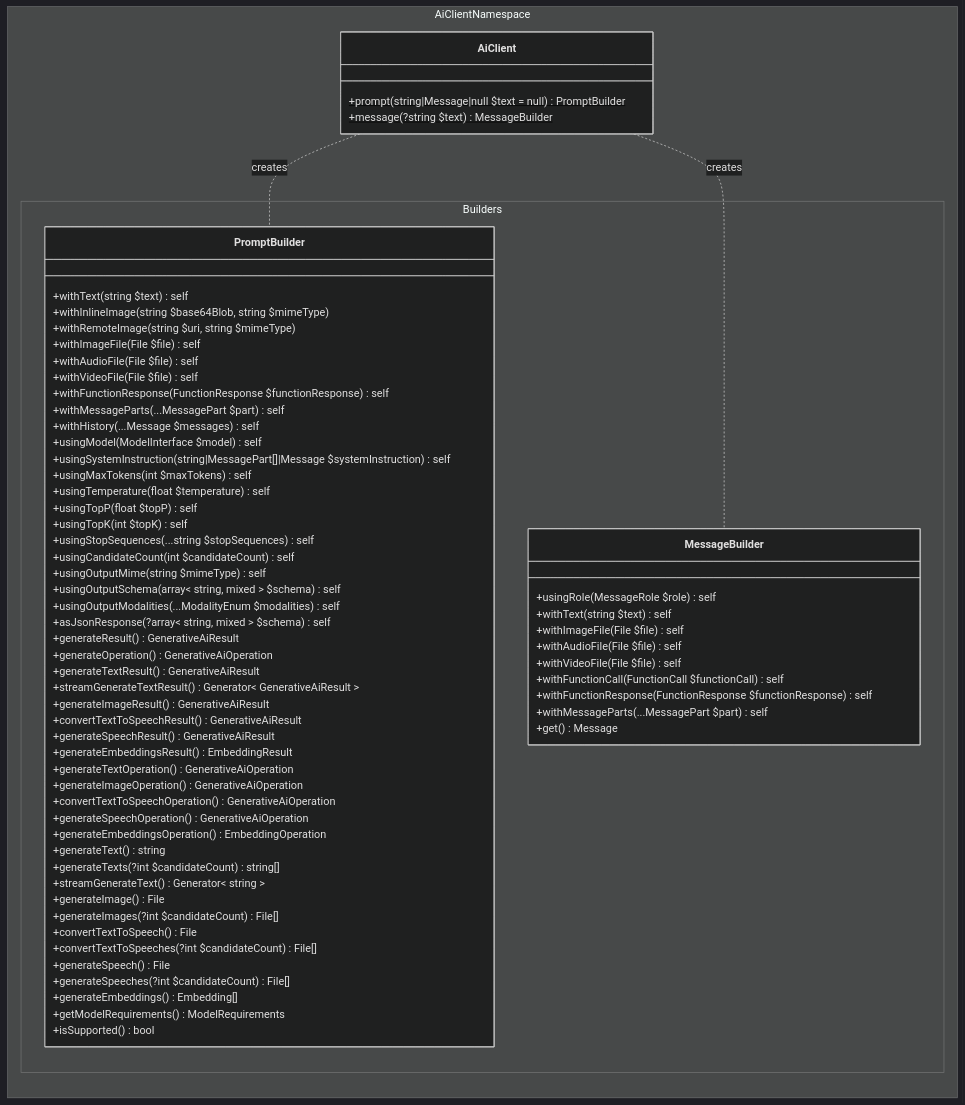
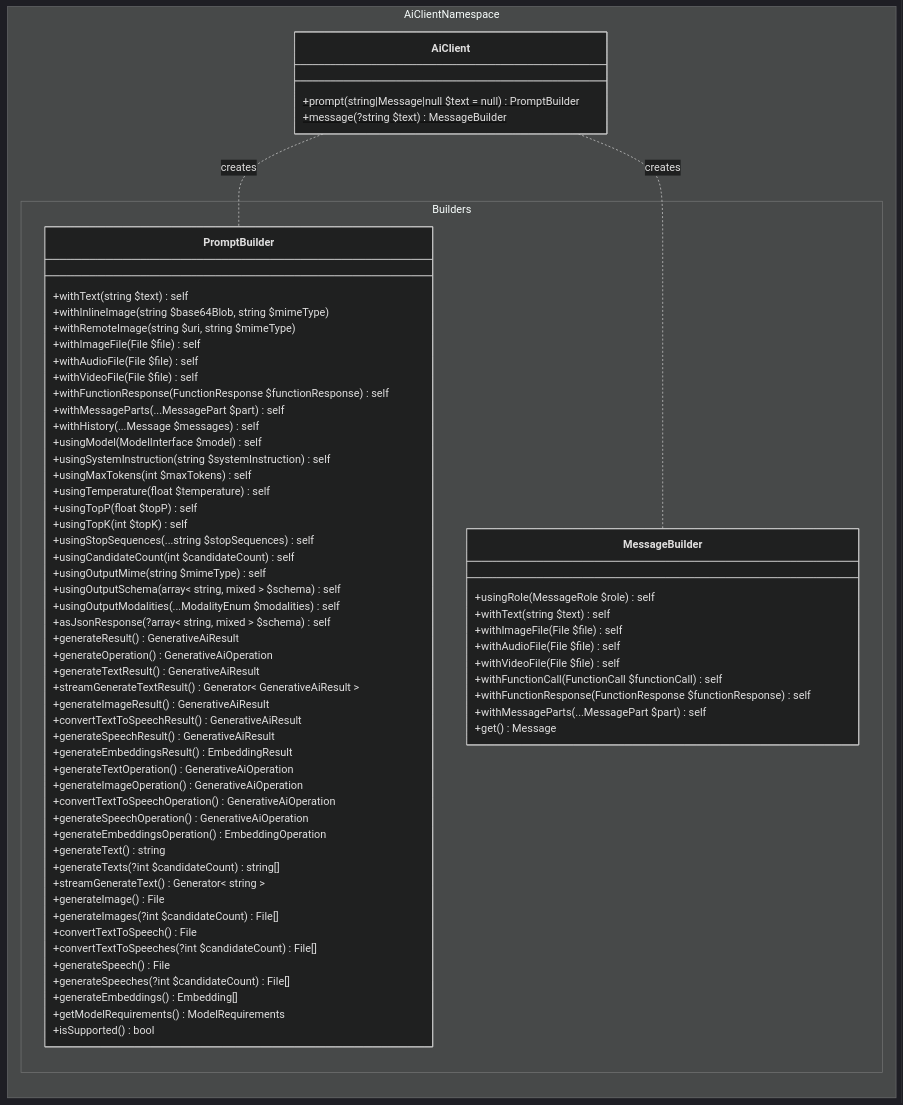
The first of 6 diagrams in docs/ARCHITECTURE.md (Ref34t/php-ai-client), drawn with Mermaid (dark theme) before and after one commit. The commit also changed other lines of this file and 5 other files, not shown here.

Commit message:
refactor: removes system message concept

````diff
--- a/docs/ARCHITECTURE.md
+++ b/docs/ARCHITECTURE.md
@@ -288,81 +288,81 @@
 ```mermaid
 ---
 config:
   class:
     hideEmptyMembersBox: true
 ---
 classDiagram
 direction LR
     namespace AiClientNamespace {
         class AiClient {
             +prompt(string|Message|null $text = null) PromptBuilder$
             +message(?string $text) MessageBuilder$
         }
     }
 
     namespace AiClientNamespace.Builders {
         class PromptBuilder {
             +withText(string $text) self
             +withInlineImage(string $base64Blob, string $mimeType)
             +withRemoteImage(string $uri, string $mimeType)
             +withImageFile(File $file) self
             +withAudioFile(File $file) self
             +withVideoFile(File $file) self
             +withFunctionResponse(FunctionResponse $functionResponse) self
             +withMessageParts(...MessagePart $part) self
             +withHistory(...Message $messages) self
             +usingModel(ModelInterface $model) self
-            +usingSystemInstruction(string|MessagePart[]|Message $systemInstruction) self
+            +usingSystemInstruction(string $systemInstruction) self
             +usingMaxTokens(int $maxTokens) self
             +usingTemperature(float $temperature) self
             +usingTopP(float $topP) self
             +usingTopK(int $topK) self
             +usingStopSequences(...string $stopSequences) self
             +usingCandidateCount(int $candidateCount) self
             +usingOutputMime(string $mimeType) self
             +usingOutputSchema(array< string, mixed > $schema) self
             +usingOutputModalities(...ModalityEnum $modalities) self
             +asJsonResponse(?array< string, mixed > $schema) self
             +generateResult() GenerativeAiResult
             +generateOperation() GenerativeAiOperation
             +generateTextResult() GenerativeAiResult
             +streamGenerateTextResult() Generator< GenerativeAiResult >
             +generateImageResult() GenerativeAiResult
             +convertTextToSpeechResult() GenerativeAiResult
             +generateSpeechResult() GenerativeAiResult
             +generateEmbeddingsResult() EmbeddingResult
             +generateTextOperation() GenerativeAiOperation
             +generateImageOperation() GenerativeAiOperation
             +convertTextToSpeechOperation() GenerativeAiOperation
             +generateSpeechOperation() GenerativeAiOperation
             +generateEmbeddingsOperation() EmbeddingOperation
             +generateText() string
             +generateTexts(?int $candidateCount) string[]
             +streamGenerateText() Generator< string >
             +generateImage() File
             +generateImages(?int $candidateCount) File[]
             +convertTextToSpeech() File
             +convertTextToSpeeches(?int $candidateCount) File[]
             +generateSpeech() File
             +generateSpeeches(?int $candidateCount) File[]
             +generateEmbeddings() Embedding[]
             +getModelRequirements() ModelRequirements
             +isSupported() bool
         }
 
         class MessageBuilder {
             +usingRole(MessageRole $role) self
             +withText(string $text) self
             +withImageFile(File $file) self
             +withAudioFile(File $file) self
             +withVideoFile(File $file) self
             +withFunctionCall(FunctionCall $functionCall) self
             +withFunctionResponse(FunctionResponse $functionResponse) self
             +withMessageParts(...MessagePart $part) self
             +get() Message
         }
     }
 
     AiClient .. PromptBuilder : creates
     AiClient .. MessageBuilder : creates
 ```
````
